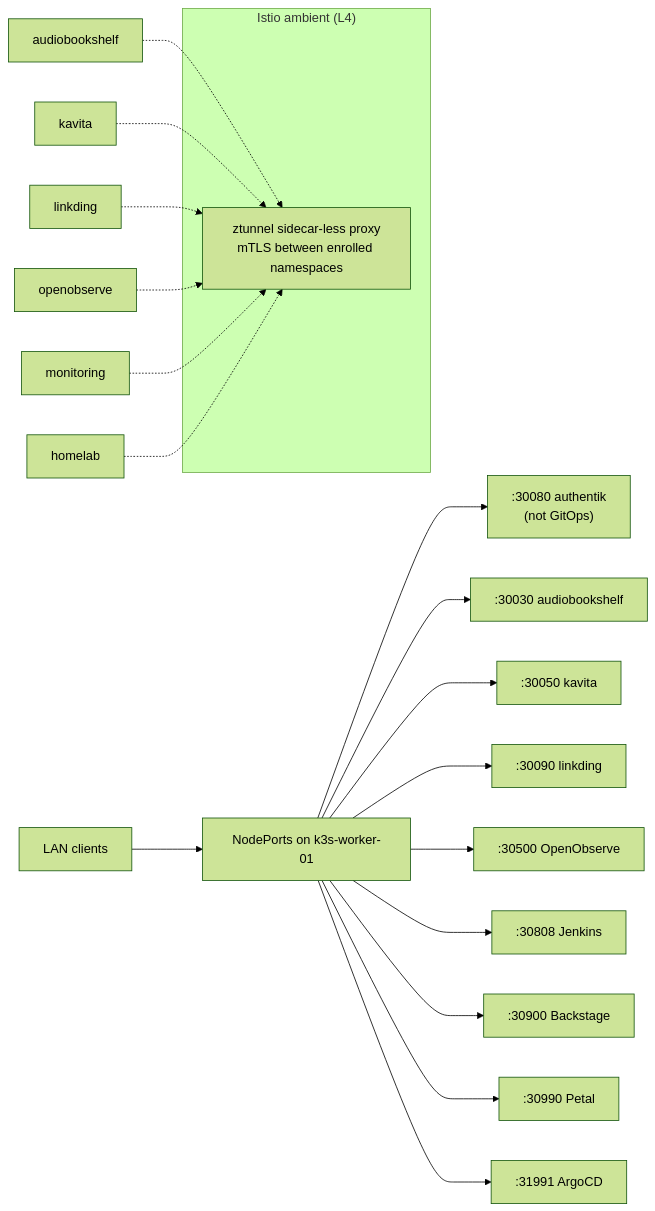
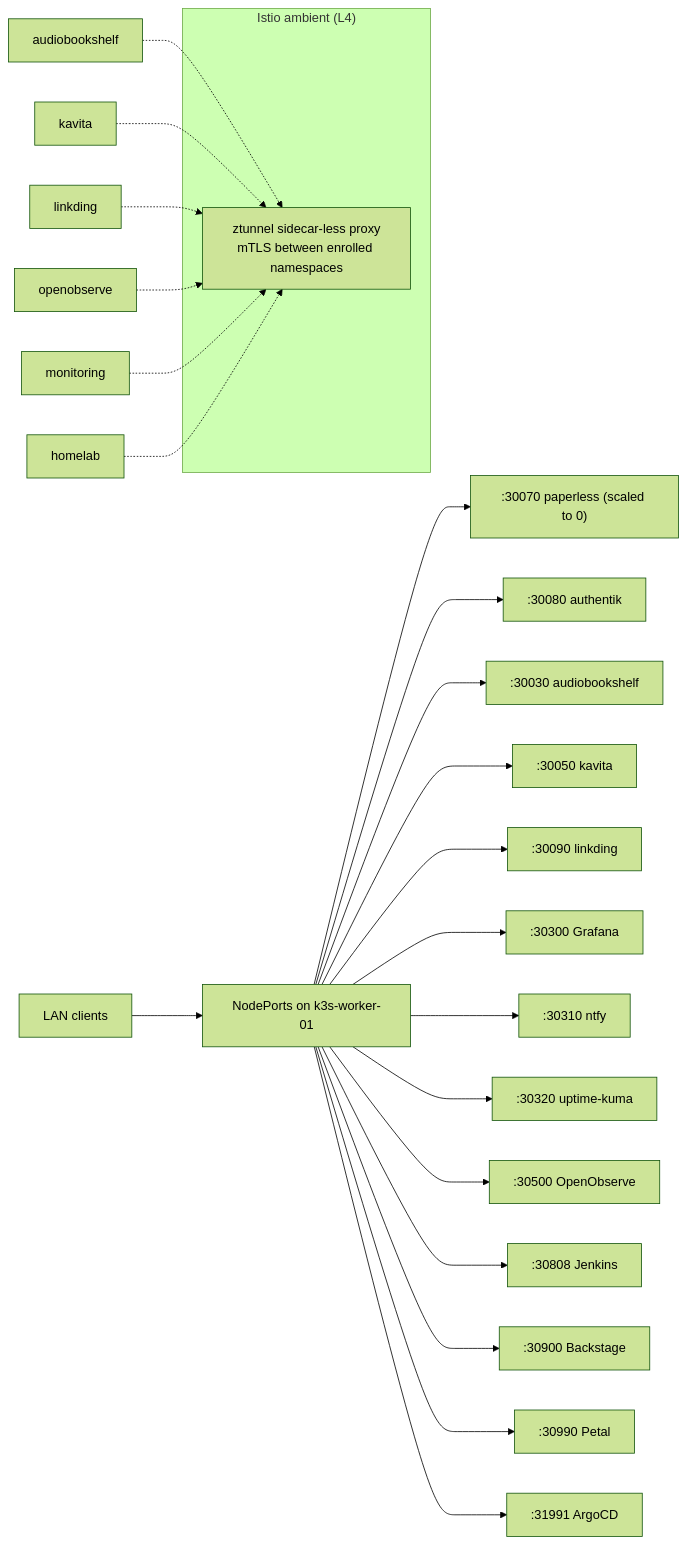
Before and after one commit to Blacklotus89898/Homelab: the seventh of 8 diagrams in docs/architecture.md, drawn with Mermaid (forest theme). The commit also changed other lines of this file, not shown here.

First line of the commit message:
docs(architecture): reflect VM alerting stack, authentik GitOps adoption, full NodePort map

````diff
--- a/docs/architecture.md
+++ b/docs/architecture.md
@@ -247,17 +260,21 @@
 ```mermaid
 flowchart LR
   IN["LAN clients"] --> NP["NodePorts on k3s-worker-01"]
-  NP --> P30080[":30080 authentik<br/>(not GitOps)"]
+  NP --> P30070[":30070 paperless (scaled to 0)"]
+  NP --> P30080[":30080 authentik"]
   NP --> P30030[":30030 audiobookshelf"]
   NP --> P30050[":30050 kavita"]
   NP --> P30090[":30090 linkding"]
+  NP --> P30300[":30300 Grafana"]
+  NP --> P30310[":30310 ntfy"]
+  NP --> P30320[":30320 uptime-kuma"]
   NP --> P30500[":30500 OpenObserve"]
   NP --> P30808[":30808 Jenkins"]
   NP --> P30900[":30900 Backstage"]
   NP --> P30990[":30990 Petal"]
   NP --> P31991[":31991 ArgoCD"]
   subgraph mesh["Istio ambient (L4)"]
     Z["ztunnel sidecar-less proxy<br/>mTLS between enrolled namespaces"]
   end
   audiobookshelf & kavita & linkding & openobserve & monitoring & homelab -.-> Z
 ```
````
